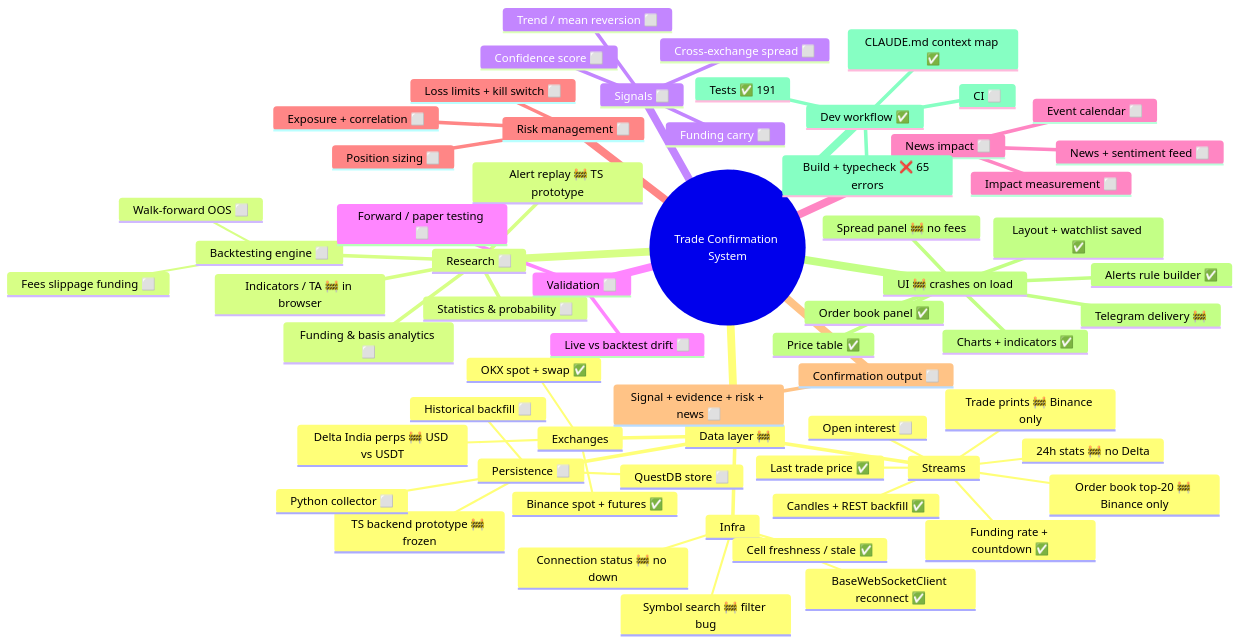
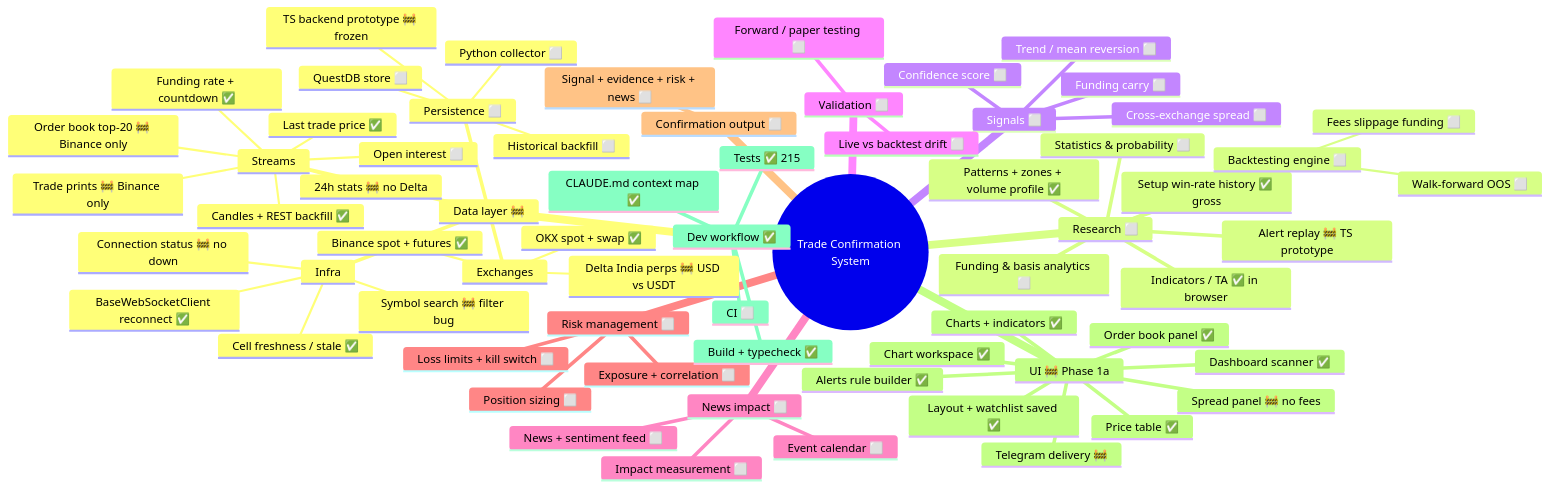
One commit to ADITYAGPT11/crypto_dashboard changed the diagram in docs/context/MINDMAP.md. Above: the diagram before and after it, drawn with Mermaid. The commit also changed 45 other files, not shown here.

````diff
--- a/docs/context/MINDMAP.md
+++ b/docs/context/MINDMAP.md
@@ -7,66 +7,70 @@
 ```mermaid
 mindmap
   root((Trade Confirmation System))
     Data layer 🚧
       Exchanges
         Binance spot + futures ✅
         OKX spot + swap ✅
         Delta India perps 🚧 USD vs USDT
       Streams
         Last trade price ✅
         Funding rate + countdown ✅
         Candles + REST backfill ✅
         Order book top-20 🚧 Binance only
         Trade prints 🚧 Binance only
         24h stats 🚧 no Delta
         Open interest ⬜
       Infra
         BaseWebSocketClient reconnect ✅
         Connection status 🚧 no down
         Cell freshness / stale ✅
         Symbol search 🚧 filter bug
       Persistence ⬜
         TS backend prototype 🚧 frozen
         Python collector ⬜
         QuestDB store ⬜
         Historical backfill ⬜
     Research ⬜
-      Indicators / TA 🚧 in browser
+      Indicators / TA ✅ in browser
+      Patterns + zones + volume profile ✅
+      Setup win-rate history ✅ gross
       Alert replay 🚧 TS prototype
       Funding & basis analytics ⬜
       Statistics & probability ⬜
       Backtesting engine ⬜
         Fees slippage funding ⬜
         Walk-forward OOS ⬜
     Signals ⬜
       Funding carry ⬜
       Cross-exchange spread ⬜
       Trend / mean reversion ⬜
       Confidence score ⬜
     Validation ⬜
       Forward / paper testing ⬜
       Live vs backtest drift ⬜
     News impact ⬜
       News + sentiment feed ⬜
       Event calendar ⬜
       Impact measurement ⬜
     Risk management ⬜
       Position sizing ⬜
       Exposure + correlation ⬜
       Loss limits + kill switch ⬜
     Confirmation output ⬜
       Signal + evidence + risk + news ⬜
-    UI 🚧 crashes on load
+    UI 🚧 Phase 1a
+      Dashboard scanner ✅
+      Chart workspace ✅
       Price table ✅
       Charts + indicators ✅
       Order book panel ✅
       Spread panel 🚧 no fees
       Alerts rule builder ✅
       Telegram delivery 🚧
       Layout + watchlist saved ✅
     Dev workflow ✅
       CLAUDE.md context map ✅
-      Build + typecheck ❌ 65 errors
-      Tests ✅ 191
+      Build + typecheck ✅
+      Tests ✅ 215
       CI ⬜
 ```
````
